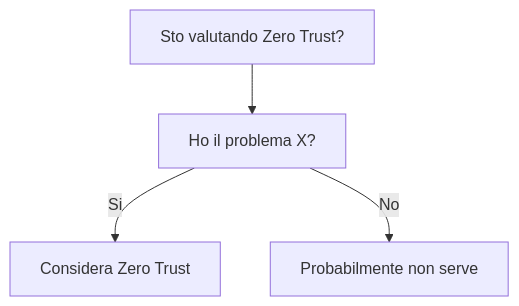
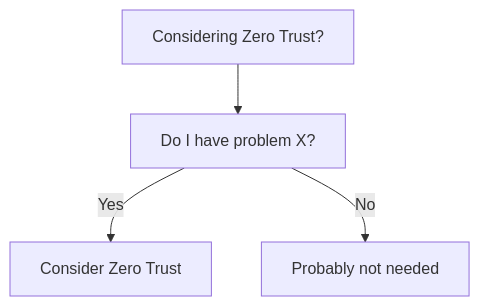
Before and after one commit to HxT9/Software-Dev-Wiki: the diagram in dev-wiki/08_Security/Zero_Trust/When_To_Use.md, drawn with Mermaid. The commit also changed other lines of this file and 3444 other files, not shown here.

````diff
--- a/dev-wiki/08_Security/Zero_Trust/When_To_Use.md
+++ b/dev-wiki/08_Security/Zero_Trust/When_To_Use.md
@@ -19,6 +19,6 @@
 ```mermaid
 flowchart TD
-  Q[Sto valutando Zero Trust?] --> Q1[Ho il problema X?]
-  Q1 -->|Si| OK[Considera Zero Trust]
-  Q1 -->|No| NO[Probabilmente non serve]
+  Q[Considering Zero Trust?] --> Q1[Do I have problem X?]
+  Q1 -->|Yes| OK[Consider Zero Trust]
+  Q1 -->|No| NO[Probably not needed]
 ```
````
